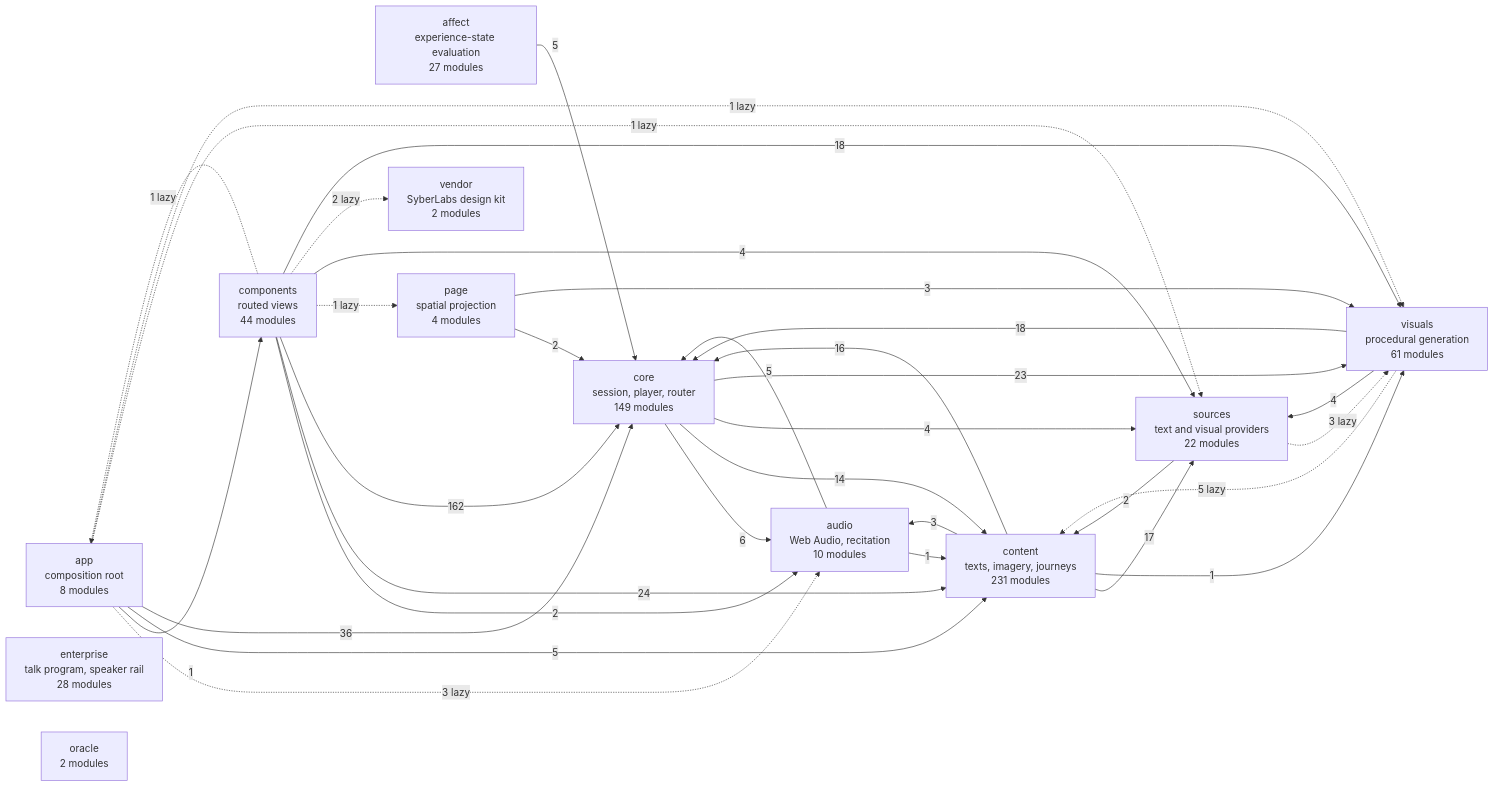
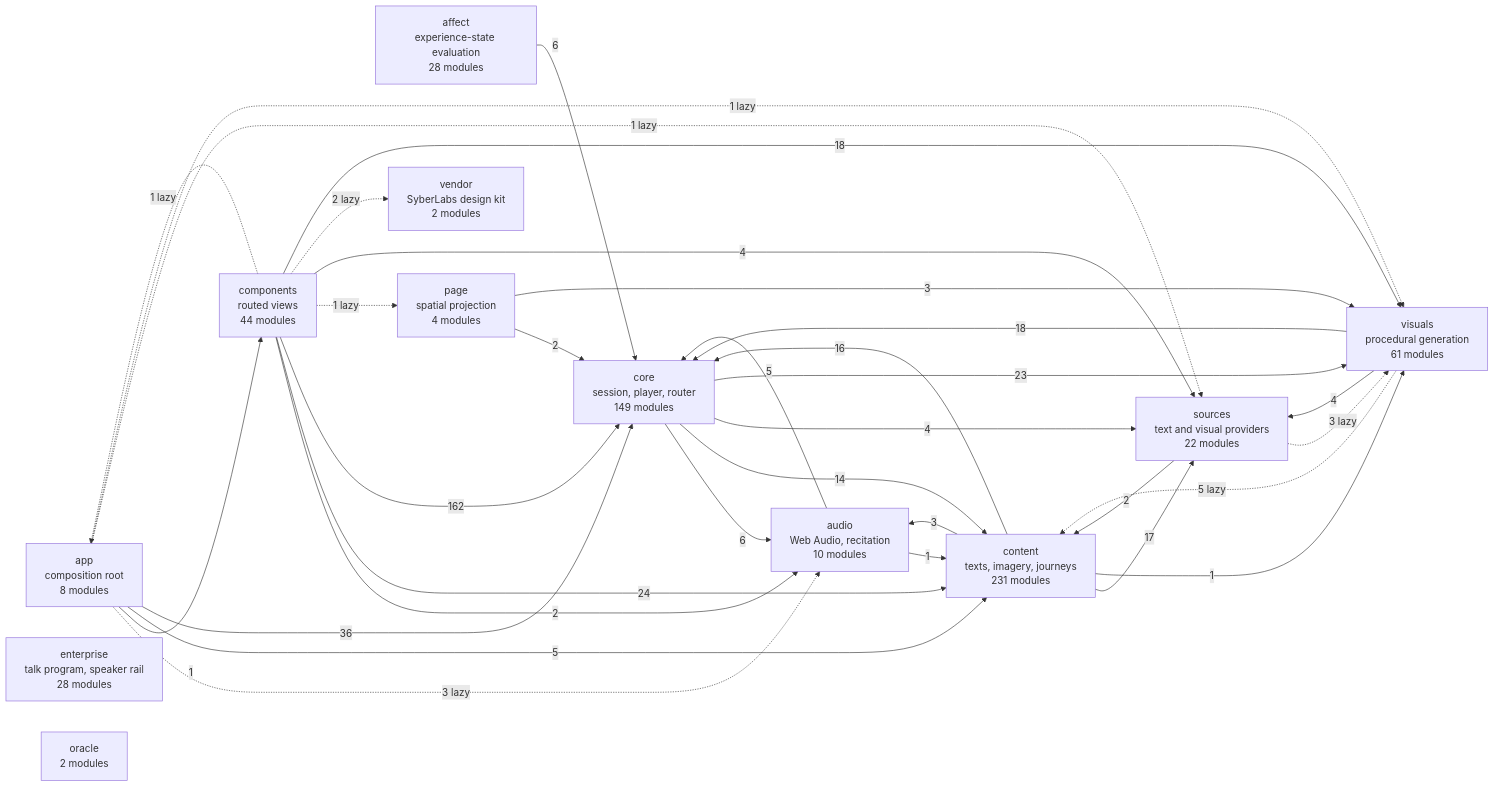
One commit to SyberLabs/RISE changed the diagram in docs/specs/ARCHITECTURE.md. Above: the diagram before and after it, drawn with Mermaid. The commit also changed other lines of this file and 5 other files, not shown here.

````diff
--- a/docs/specs/ARCHITECTURE.md
+++ b/docs/specs/ARCHITECTURE.md
@@ -160,48 +160,48 @@
 ```mermaid
 flowchart LR
-    affect["affect<br/>experience-state evaluation<br/>27 modules"]
+    affect["affect<br/>experience-state evaluation<br/>28 modules"]
     app["app<br/>composition root<br/>8 modules"]
     audio["audio<br/>Web Audio, recitation<br/>10 modules"]
     components["components<br/>routed views<br/>44 modules"]
     content["content<br/>texts, imagery, journeys<br/>231 modules"]
     core["core<br/>session, player, router<br/>149 modules"]
     enterprise["enterprise<br/>talk program, speaker rail<br/>28 modules"]
     oracle["oracle<br/>2 modules"]
     page["page<br/>spatial projection<br/>4 modules"]
     sources["sources<br/>text and visual providers<br/>22 modules"]
     vendor["vendor<br/>SyberLabs design kit<br/>2 modules"]
     visuals["visuals<br/>procedural generation<br/>61 modules"]
 
-    affect --> |5| core
+    affect --> |6| core
     app -.-> |3 lazy| audio
     app --> |1| components
     app --> |5| content
     app --> |36| core
     app -.-> |1 lazy| sources
     app -.-> |1 lazy| visuals
     audio --> |1| content
     audio --> |5| core
     components -.-> |1 lazy| app
     components --> |2| audio
     components --> |24| content
     components --> |162| core
     components -.-> |1 lazy| page
     components --> |4| sources
     components -.-> |2 lazy| vendor
     components --> |18| visuals
     content --> |3| audio
     content --> |16| core
     content --> |17| sources
     content --> |1| visuals
     core --> |6| audio
     core --> |14| content
     core --> |4| sources
     core --> |23| visuals
     page --> |2| core
     page --> |3| visuals
     sources --> |2| content
     sources -.-> |3 lazy| visuals
     visuals -.-> |5 lazy| content
     visuals --> |18| core
     visuals --> |4| sources
 ```
````
